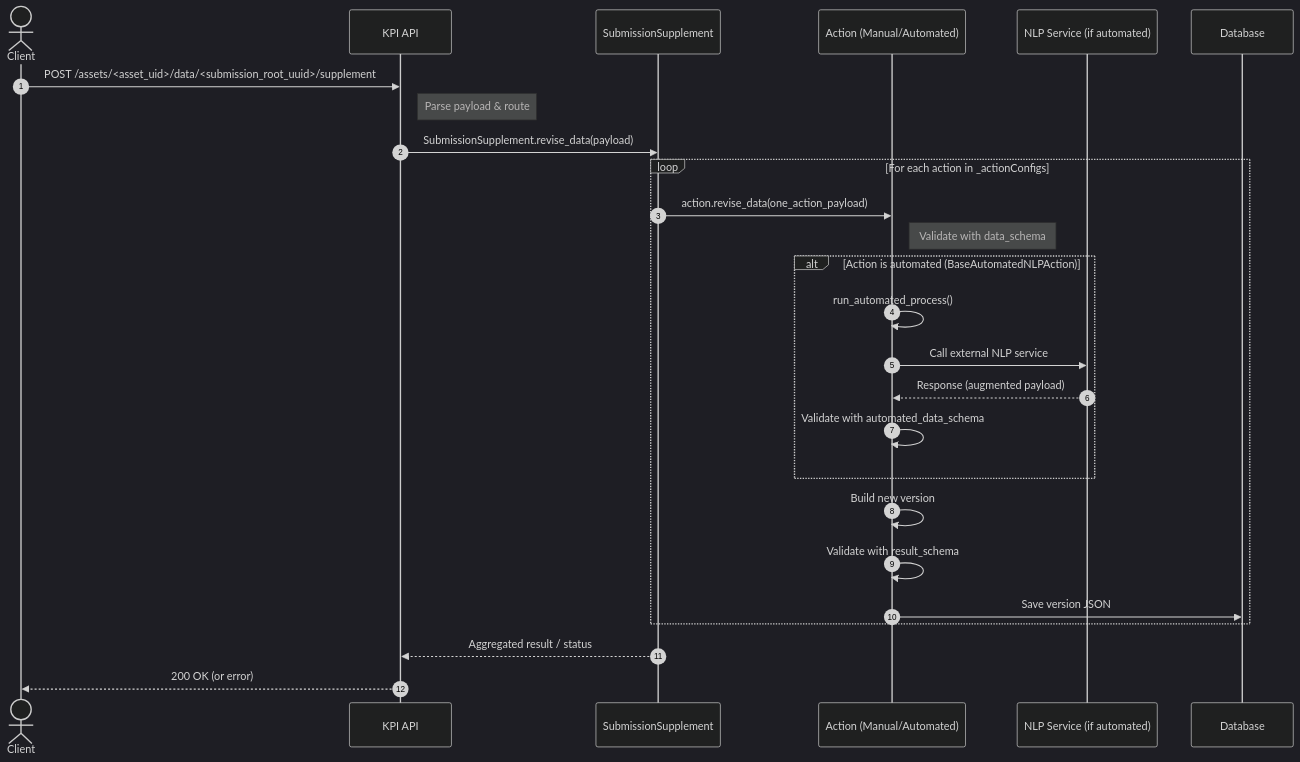
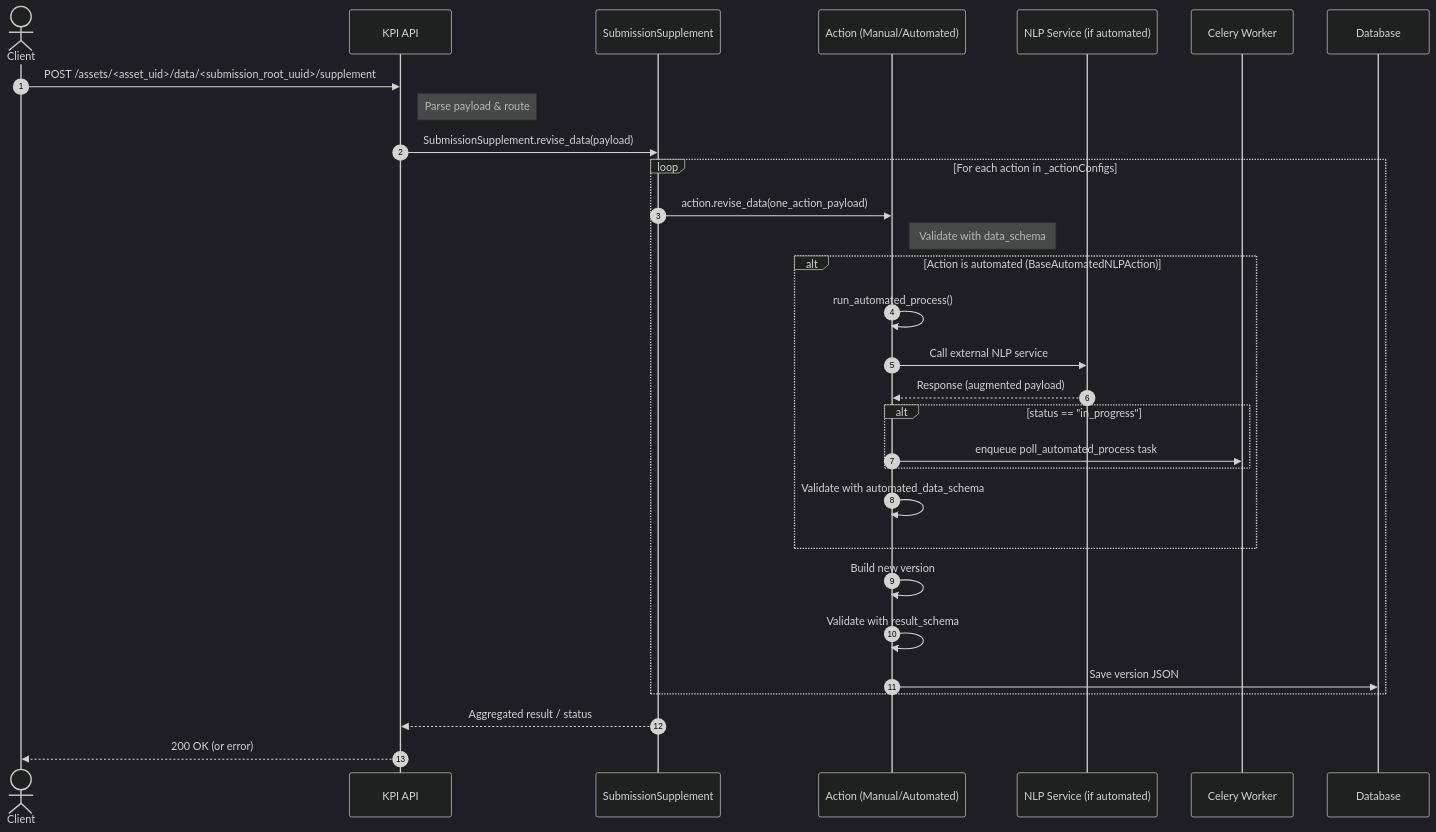
One commit to kobotoolbox/kpi changed the second of 3 diagrams in kobo/apps/subsequences/README.md. Above: the diagram before and after it, drawn with Mermaid (dark theme). The commit also changed other lines of this file and 1 other file, not shown here.

````diff
--- a/kobo/apps/subsequences/README.md
+++ b/kobo/apps/subsequences/README.md
@@ -160,34 +169,38 @@
 ```mermaid
 sequenceDiagram
 autonumber
 actor Client
 participant API as KPI API
 participant SS as SubmissionSupplement
 participant Action as Action (Manual/Automated)
 participant Ext as NLP Service (if automated)
+participant Celery as Celery Worker
 participant DB as Database
 
 Client->>API: POST /assets/<asset_uid>/data/<submission_root_uuid>/supplement
 Note right of API: Parse payload & route
 
 API->>SS: SubmissionSupplement.revise_data(payload)
 
 loop For each action in _actionConfigs
   SS->>Action: action.revise_data(one_action_payload)
   Note right of Action: Validate with data_schema
 
   alt Action is automated (BaseAutomatedNLPAction)
     Action->>Action: run_automated_process()
     Action->>Ext: Call external NLP service
     Ext-->>Action: Response (augmented payload)
+    alt status == "in_progress"
+      Action->>Celery: enqueue poll_automated_process task
+    end
     Action->>Action: Validate with automated_data_schema
   end
 
   Action->>Action: Build new version
   Action->>Action: Validate with result_schema
   Action->>DB: Save version JSON
 end
 
 SS-->>API: Aggregated result / status
 API-->>Client: 200 OK (or error)
 ```
````
